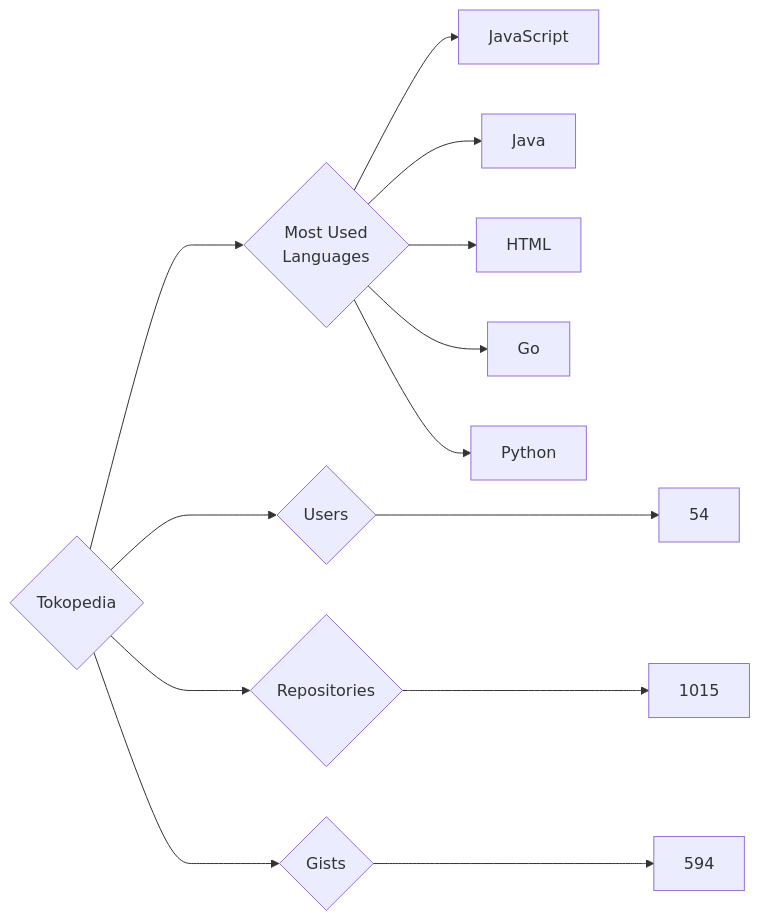
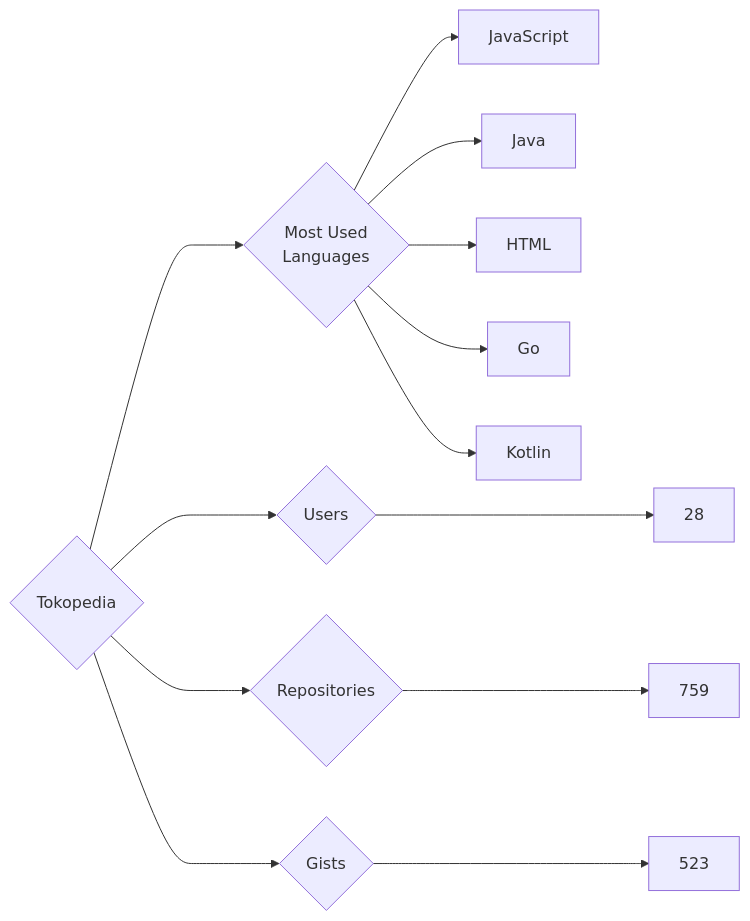
One commit to trickest/insiders changed the diagram in targets/Tokopedia/README.md. Above: the diagram before and after it, drawn with Mermaid. The commit also changed 920 other files, not shown here.

````diff
--- a/targets/Tokopedia/README.md
+++ b/targets/Tokopedia/README.md
@@ -3,13 +3,13 @@
 ```mermaid
 graph LR
 COMPANY_NAME{Tokopedia}
-COMPANY_NAME ---> U{Users} ---> UN[54]
-COMPANY_NAME ---> R{Repositories} ---> RN[1015]
-COMPANY_NAME ---> G{Gists} ---> GN[594]
+COMPANY_NAME ---> U{Users} ---> UN[28]
+COMPANY_NAME ---> R{Repositories} ---> RN[759]
+COMPANY_NAME ---> G{Gists} ---> GN[523]
 COMPANY_NAME ---> ML{Most Used<br>Languages}
 ML --> JavaScript[JavaScript]
 ML --> Java[Java]
 ML --> HTML[HTML]
 ML --> Go[Go]
-ML --> Python[Python]
+ML --> Kotlin[Kotlin]
 ```
````
